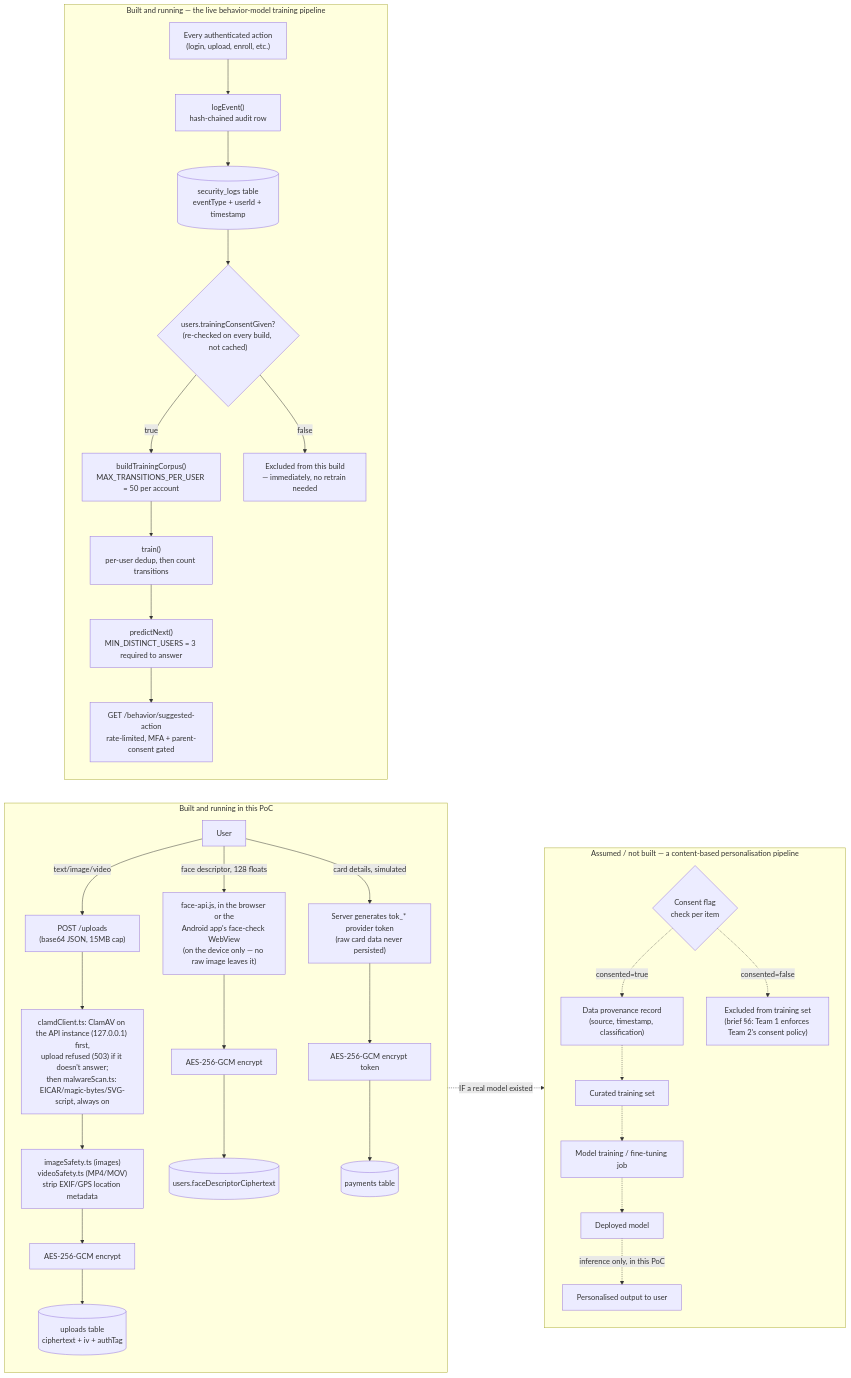
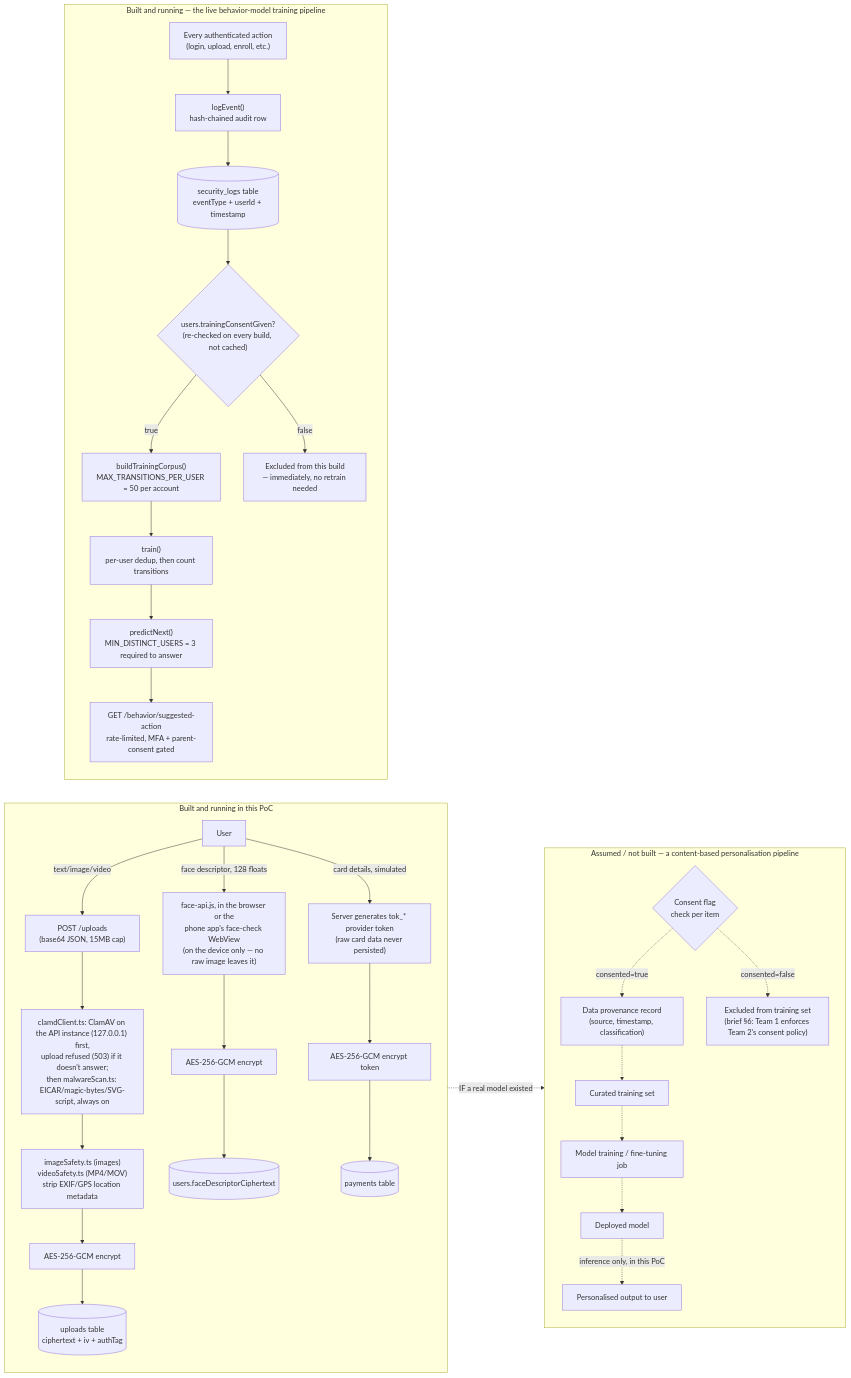
Before and after one commit to GYaseenkhan/Biometric--Authentication: the diagram in docs/03_Data_Flow.md, drawn with Mermaid. The commit also changed 23 other files, not shown here.

First line of the commit message:
Bring the iOS app level with Android, and build it on a GitHub Mac (#25)

````diff
--- a/docs/03_Data_Flow.md
+++ b/docs/03_Data_Flow.md
@@ -18,43 +18,43 @@
 ```mermaid
 flowchart LR
     subgraph Real["Built and running in this PoC"]
         direction TB
         U["User"] -->|text/image/video| Upload["POST /uploads<br/>(base64 JSON, 15MB cap)"]
         Upload --> Scan["clamdClient.ts: ClamAV on the API instance (127.0.0.1) first,<br/>upload refused (503) if it doesn't answer;<br/>then malwareScan.ts: EICAR/magic-bytes/SVG-script, always on"]
         Scan --> ImgStrip["imageSafety.ts (images)<br/>videoSafety.ts (MP4/MOV)<br/>strip EXIF/GPS location metadata"]
         ImgStrip --> Enc["AES-256-GCM encrypt"]
         Enc --> UploadsDB[("uploads table<br/>ciphertext + iv + authTag")]
 
-        U -->|face descriptor, 128 floats| FaceCap["face-api.js, in the browser or the<br/>Android app's face-check WebView<br/>(on the device only — no raw image leaves it)"]
+        U -->|face descriptor, 128 floats| FaceCap["face-api.js, in the browser or the<br/>phone app's face-check WebView<br/>(on the device only — no raw image leaves it)"]
         FaceCap --> EncFace["AES-256-GCM encrypt"]
         EncFace --> UsersDB[("users.faceDescriptorCiphertext")]
 
         U -->|card details, simulated| Tokenise["Server generates tok_* provider token<br/>(raw card data never persisted)"]
         Tokenise --> EncPay["AES-256-GCM encrypt token"]
         EncPay --> PayDB[("payments table")]
     end
 
     subgraph BehaviorReal["Built and running — the live behavior-model training pipeline"]
         direction TB
         Activity["Every authenticated action<br/>(login, upload, enroll, etc.)"] --> LogEvent["logEvent()<br/>hash-chained audit row"]
         LogEvent --> LogsDB[("security_logs table<br/>eventType + userId + timestamp")]
         ConsentFlag{"users.trainingConsentGiven?<br/>(re-checked on every build, not cached)"}
         LogsDB --> ConsentFlag
         ConsentFlag -->|true| PerUserCap["buildTrainingCorpus()<br/>MAX_TRANSITIONS_PER_USER = 50 per account"]
         ConsentFlag -->|false| ExcludedReal["Excluded from this build<br/>— immediately, no retrain needed"]
         PerUserCap --> Train["train()<br/>per-user dedup, then count transitions"]
         Train --> Threshold["predictNext()<br/>MIN_DISTINCT_USERS = 3 required to answer"]
         Threshold --> Serve["GET /behavior/suggested-action<br/>rate-limited, MFA + parent-consent gated"]
     end
 
     subgraph Assumed["Assumed / not built — a content-based personalisation pipeline"]
         direction TB
         UploadsDB -.->|"IF a real model existed"| Consent{"Consent flag<br/>check per item"}
         Consent -.->|consented=true| Provenance["Data provenance record<br/>(source, timestamp, classification)"]
         Consent -.->|consented=false| Blocked["Excluded from training set<br/>(brief §6: Team 1 enforces Team 2's consent policy)"]
         Provenance -.-> TrainSet["Curated training set"]
         TrainSet -.-> Training["Model training / fine-tuning job"]
         Training -.-> Model["Deployed model"]
         Model -.->|inference only, in this PoC| Personalise["Personalised output to user"]
     end
 ```
````
